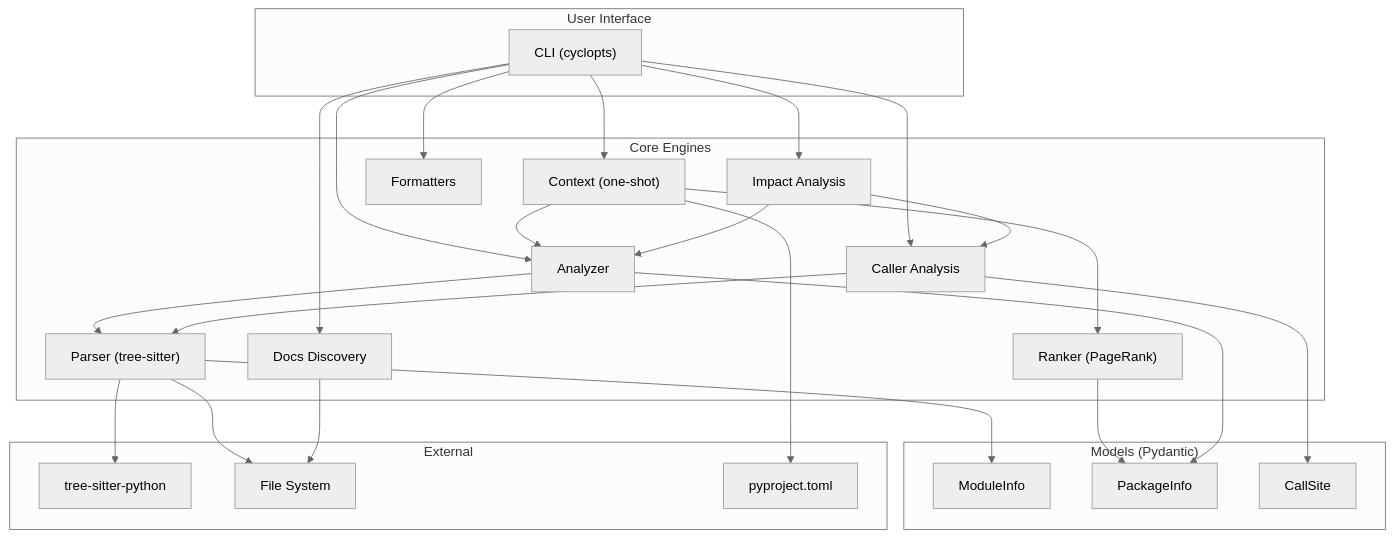
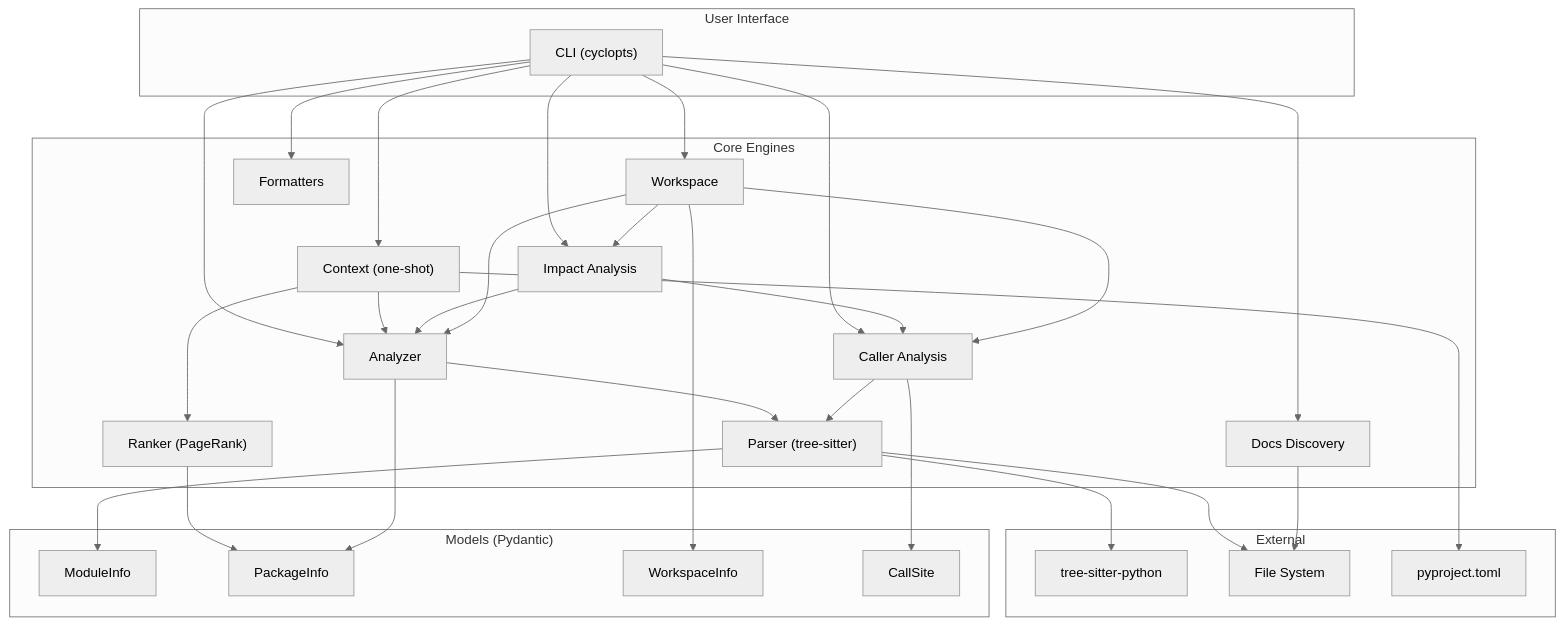
One commit to axm-protocols/axm-forge changed the diagram in docs/explanation/architecture.md. Above: the diagram before and after it, drawn with Mermaid (neutral theme). The commit also changed other lines of this file and 5 other files, not shown here.

````diff
--- a/docs/explanation/architecture.md
+++ b/docs/explanation/architecture.md
@@ -7,50 +7,57 @@
 ```mermaid
 graph TD
     subgraph "User Interface"
         CLI["CLI (cyclopts)"]
     end
 
     subgraph "Core Engines"
         Parser["Parser (tree-sitter)"]
         Analyzer["Analyzer"]
         Ranker["Ranker (PageRank)"]
         Callers["Caller Analysis"]
         Context["Context (one-shot)"]
         Impact["Impact Analysis"]
+        Workspace["Workspace"]
         Docs["Docs Discovery"]
         Formatters["Formatters"]
     end
 
     subgraph "Models (Pydantic)"
         ModuleInfo["ModuleInfo"]
         PackageInfo["PackageInfo"]
+        WorkspaceInfo["WorkspaceInfo"]
         CallSite["CallSite"]
     end
 
     subgraph "External"
         TreeSitter["tree-sitter-python"]
         FS["File System"]
         PyProject["pyproject.toml"]
     end
 
     CLI --> Analyzer
     CLI --> Context
     CLI --> Impact
     CLI --> Callers
     CLI --> Formatters
     Analyzer --> Parser
     Ranker --> PackageInfo
     Callers --> Parser
     Context --> Analyzer
     Context --> Ranker
     Impact --> Callers
     Impact --> Analyzer
     Parser --> TreeSitter
     Parser --> FS
     Parser --> ModuleInfo
     Analyzer --> PackageInfo
     Callers --> CallSite
     Context --> PyProject
     CLI --> Docs
+    CLI --> Workspace
+    Workspace --> Analyzer
+    Workspace --> Callers
+    Workspace --> Impact
+    Workspace --> WorkspaceInfo
     Docs --> FS
 ```
````
